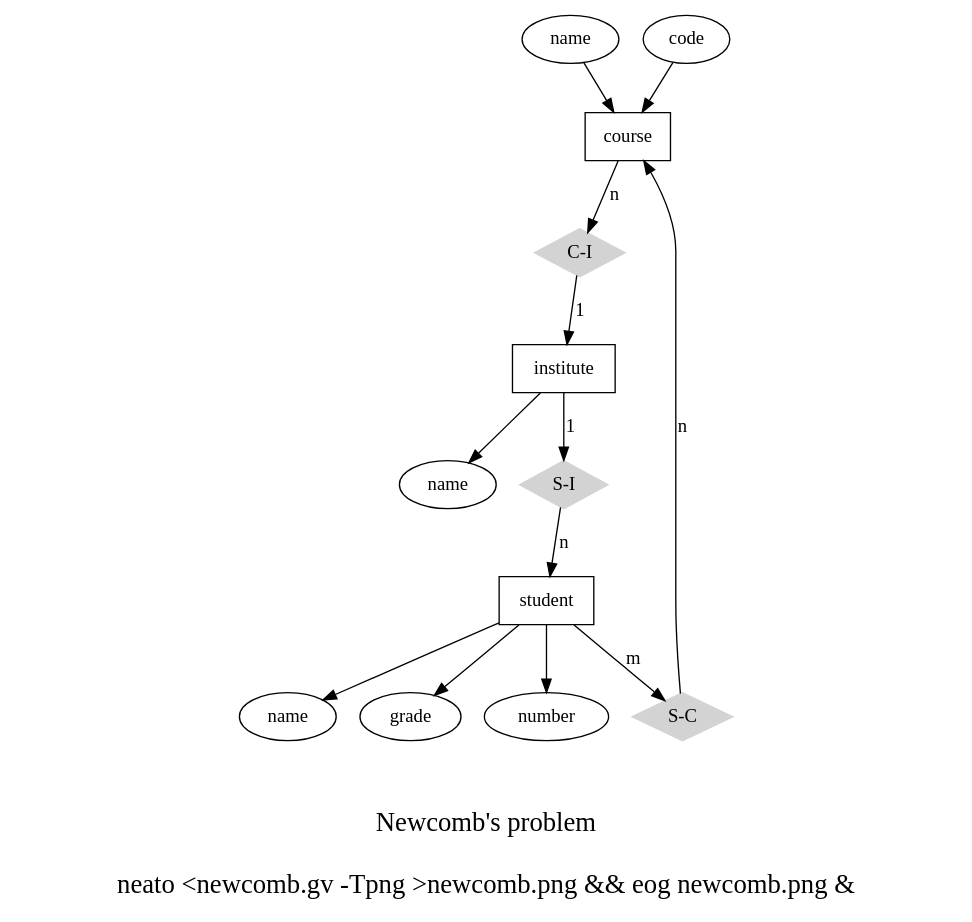
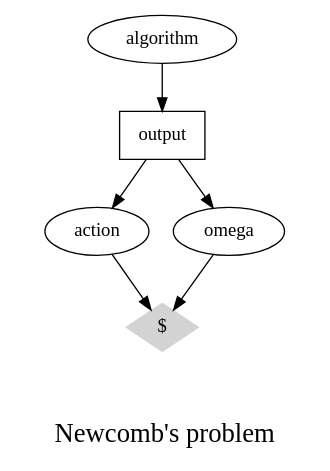
One commit to johnlawrenceaspden/hobby-code changed the diagram in newcomb.gv. Above: the diagram before and after it, drawn with Graphviz.

Commit message:
newcomb's problem for graphviz

```diff
--- a/newcomb.gv
+++ b/newcomb.gv
@@ -1,22 +1,22 @@
+// dot <newcomb.gv -Tpng >newcomb.png
+// eog newcomb.png
+
+// interactive svg for development!
+// dot <newcomb.gv -Tsvg >newcomb.svg && eog newcomb.svg &
+
 digraph newcomb {
-	node [shape=box]; course; institute; student;
-	node [shape=ellipse]; {node [label="name"] name0; name1; name2;}
-		code; grade; number;
-	node [shape=diamond,style=filled,color=lightgrey]; "C-I"; "S-C"; "S-I";
+        node [shape=ellipse]; algorithm;
+        node [shape=box]; output;
+        node [shape=ellipse]; action; omega;
+        node [shape=diamond,style=filled,color=lightgrey, label="$"] utility;
 
-	name0 -> course;
-	code -> course;
-	course -> "C-I" [label="n",len=1.00];
-	"C-I" -> institute [label="1",len=1.00];
-	institute -> name1;
-	institute -> "S-I" [label="1",len=1.00];
-	"S-I" -> student [label="n",len=1.00];
-	student -> grade;
-	student -> name2;
-	student -> number;
-	student -> "S-C" [label="m",len=1.00];
-	"S-C" -> course [label="n",len=1.00];
 
-	label = "\n\nNewcomb's problem\n\nneato <newcomb.gv -Tpng >newcomb.png && eog newcomb.png &";
-	fontsize=20;
+        algorithm -> output;
+        output -> action;
+        output -> omega;
+        action -> utility;
+        omega -> utility;
+
+        label = "\n\nNewcomb's problem"
+        fontsize=20;
 }
```
